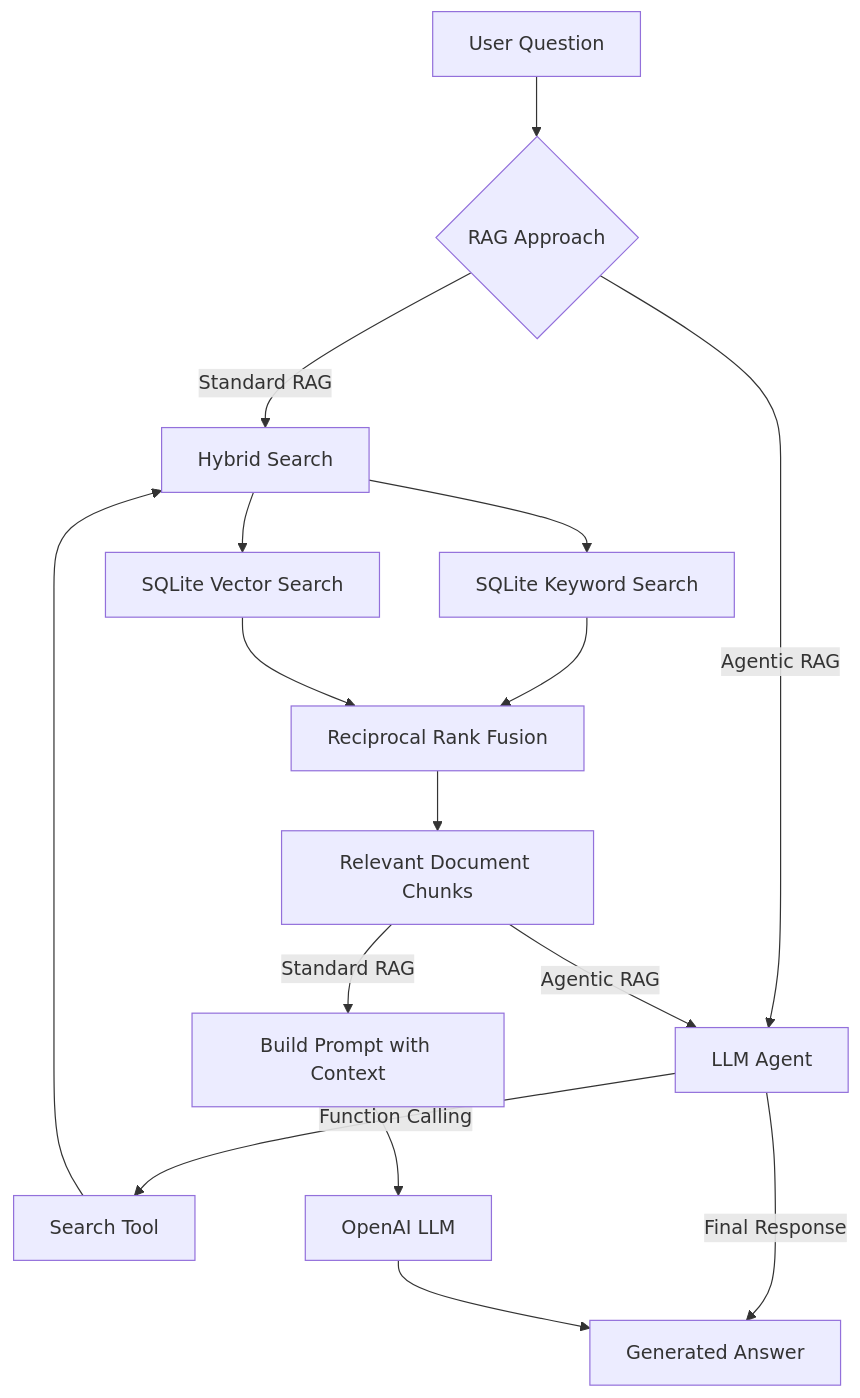
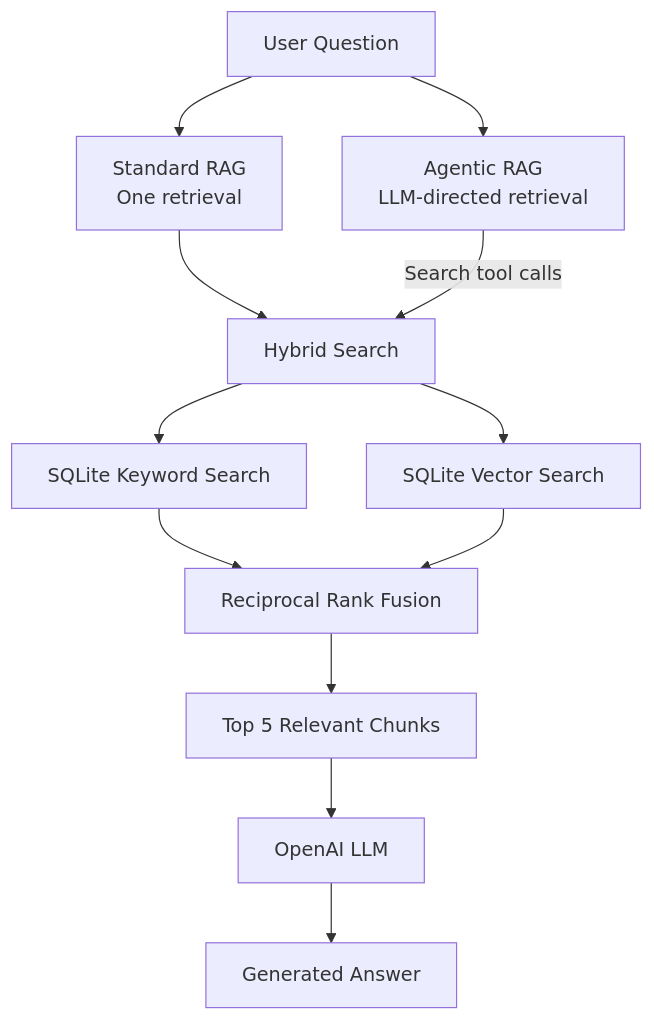
One commit to kyivskyiartur/hybrid-rag changed the second of 2 diagrams in README.md. Above: the diagram before and after it, drawn with Mermaid. The commit also changed other lines of this file, not shown here.

Commit message:
Refine flowchart and RRF formula in README
Updated flowchart and mathematical notation in README.md.

````diff
--- a/README.md
+++ b/README.md
@@ -69,25 +69,20 @@
 ```mermaid
 flowchart TD
-    Q["User Question"] --> R{"RAG Approach"}
+    Q["User Question"]
 
-    R -->|Standard RAG| S["Hybrid Search"]
-    R -->|Agentic RAG| A["LLM Agent"]
+    Q --> S["Standard RAG<br/>One retrieval"]
+    Q --> A["Agentic RAG<br/>LLM-directed retrieval"]
 
-    A -->|"Function Calling"| T["Search Tool"]
-    T --> S
+    S --> H["Hybrid Search"]
+    A -->|"Search tool calls"| H
 
-    S --> K["SQLite Keyword Search"]
-    S --> V["SQLite Vector Search"]
+    H --> K["SQLite Keyword Search"]
+    H --> V["SQLite Vector Search"]
 
-    K --> F["Reciprocal Rank Fusion"]
-    V --> F
+    K --> R["Reciprocal Rank Fusion"]
+    V --> R
 
-    F --> C["Relevant Document Chunks"]
-
-    C -->|Standard RAG| P["Build Prompt with Context"]
-    P --> L["OpenAI LLM"]
-
-    C -->|Agentic RAG| A
-    A -->|"Final Response"| O["Generated Answer"]
-    L --> O
+    R --> D["Top 5 Relevant Chunks"]
+    D --> L["OpenAI LLM"]
+    L --> O["Generated Answer"]
 ```
````
